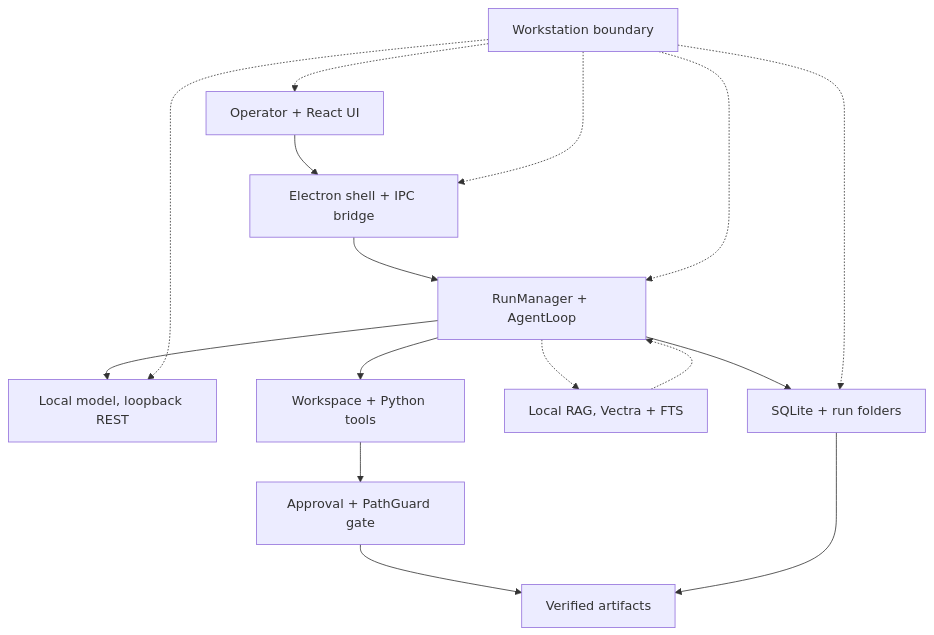
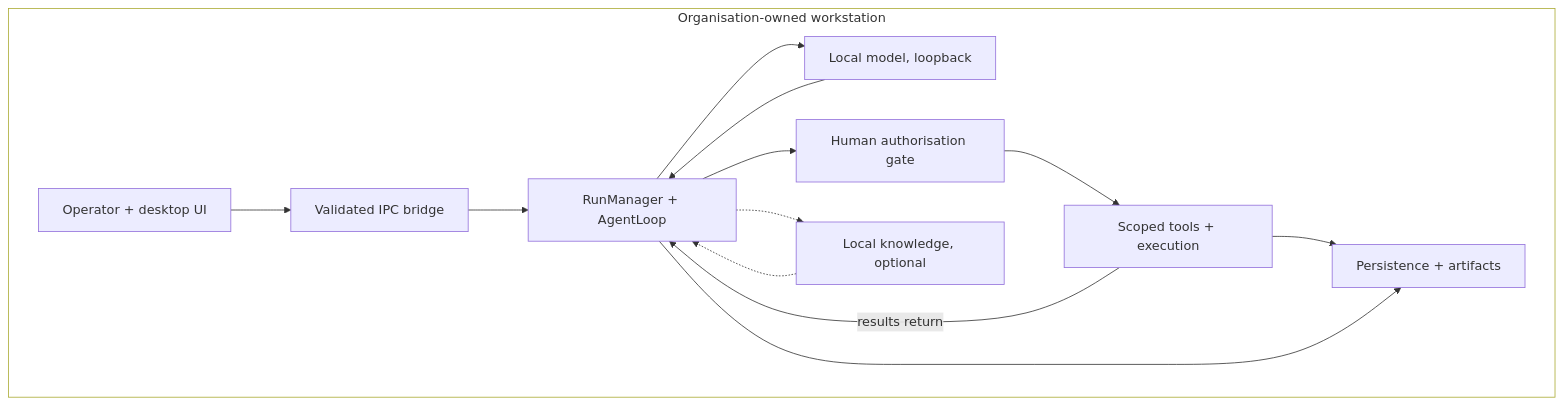
Before and after one commit to BITverse-24/local-workbench: the diagram in docs/diagrams/01_COMPONENT_ARCHITECTURE.md, drawn with Mermaid. The commit also changed other lines of this file and 436 other files, not shown here.

````diff
--- a/docs/diagrams/01_COMPONENT_ARCHITECTURE.md
+++ b/docs/diagrams/01_COMPONENT_ARCHITECTURE.md
@@ -5,29 +5,27 @@
 ```mermaid
 flowchart TB
-    OP["Operator + React UI"]
-    SH["Electron shell + IPC bridge"]
-    RM["RunManager + AgentLoop"]
-    LM["Local model, loopback REST"]
-    TS["Workspace + Python tools"]
-    GT["Approval + PathGuard gate"]
-    RG["Local RAG, Vectra + FTS"]
-    DB["SQLite + run folders"]
-    AR["Verified artifacts"]
-    WS["Workstation boundary"]
+    subgraph WS["Organisation-owned workstation"]
+        OP["Operator + desktop UI"]
+        IPC["Validated IPC bridge"]
+        RM["RunManager + AgentLoop"]
+        LM["Local model, loopback"]
+        KB["Local knowledge, optional"]
+        GATE["Human authorisation gate"]
+        TS["Scoped tools + execution"]
+        DB["Persistence + artifacts"]
+    end
 
-    OP --> SH
-    SH --> RM
+    OP --> IPC
+    IPC --> RM
     RM --> LM
-    RM --> TS
-    TS --> GT
-    GT --> AR
-    RM -.-> RG
-    RG -.-> RM
+    LM --> RM
+    RM --> GATE
+    GATE --> TS
+    TS -->|"results return"| RM
+    TS --> DB
     RM --> DB
-    DB --> AR
-    WS -.-> OP
-    WS -.-> SH
-    WS -.-> RM
-    WS -.-> LM
-    WS -.-> DB
+    RM -.-> KB
+    KB -.-> RM
+
+    style WS fill:transparent
 ```
````
